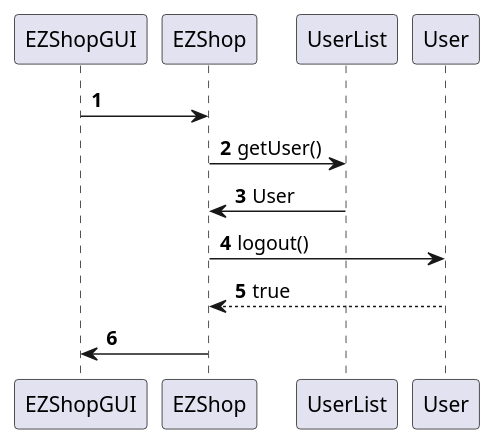
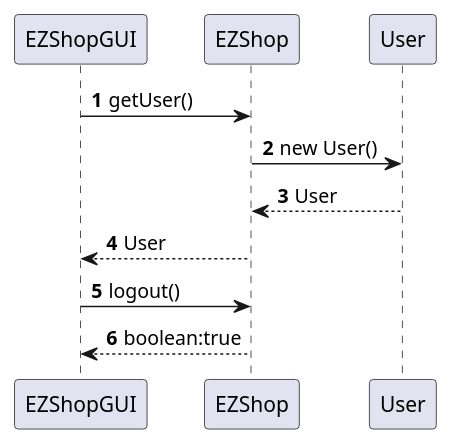
Before and after one commit to mkexc/ezshop: diagram 14 of 22 in Deliverables/DesignDocument.md, drawn with PlantUML. The commit also changed other lines of this file and 3 other files, not shown here.

````diff
--- a/Deliverables/DesignDocument.md
+++ b/Deliverables/DesignDocument.md
@@ -414,11 +381,11 @@
 ```plantuml
 @startuml
 autonumber
-EZShopGUI -> EZShop 
-EZShop -> UserList : getUser()
-EZShop <- UserList : User
-EZShop -> User : logout()
-EZShop <-- User : true
-EZShopGUI <- EZShop
+EZShopGUI -> EZShop : getUser()
+EZShop -> User : new User()
+EZShop <-- User : User
+EZShopGUI <-- EZShop : User
+EZShopGUI -> EZShop : logout()
+EZShopGUI <-- EZShop : boolean:true
 @enduml
 ```
````
